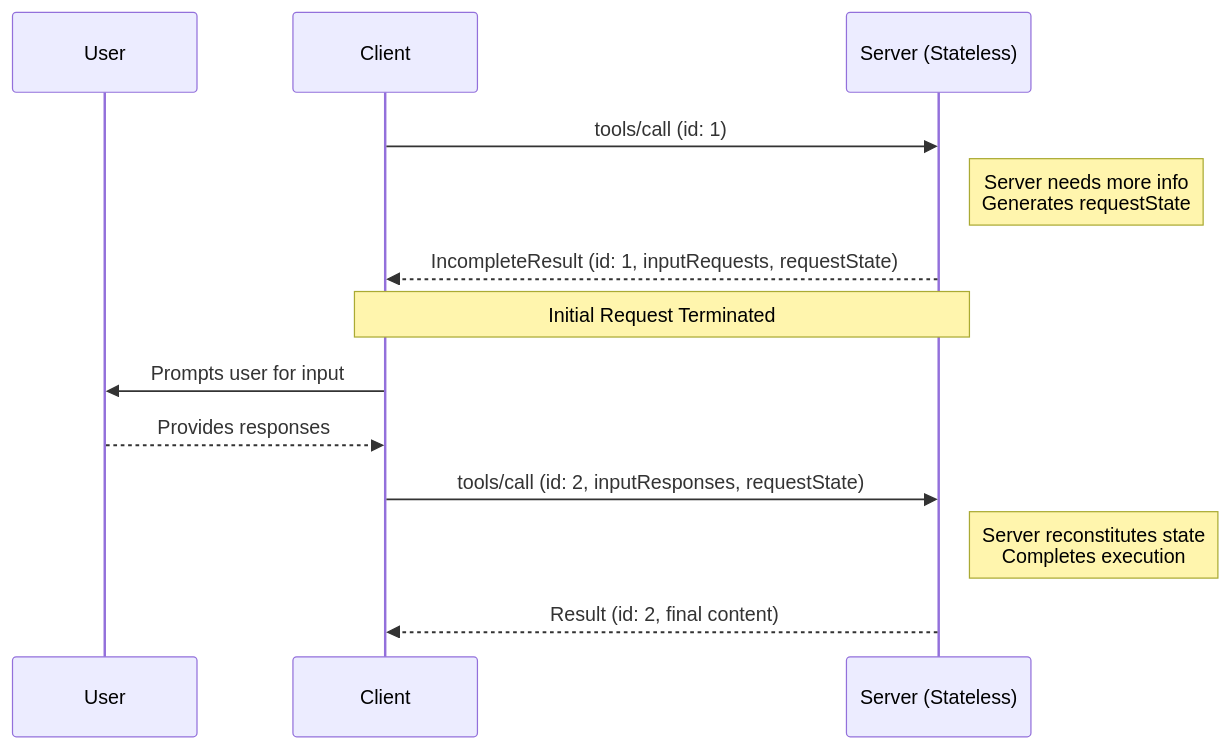
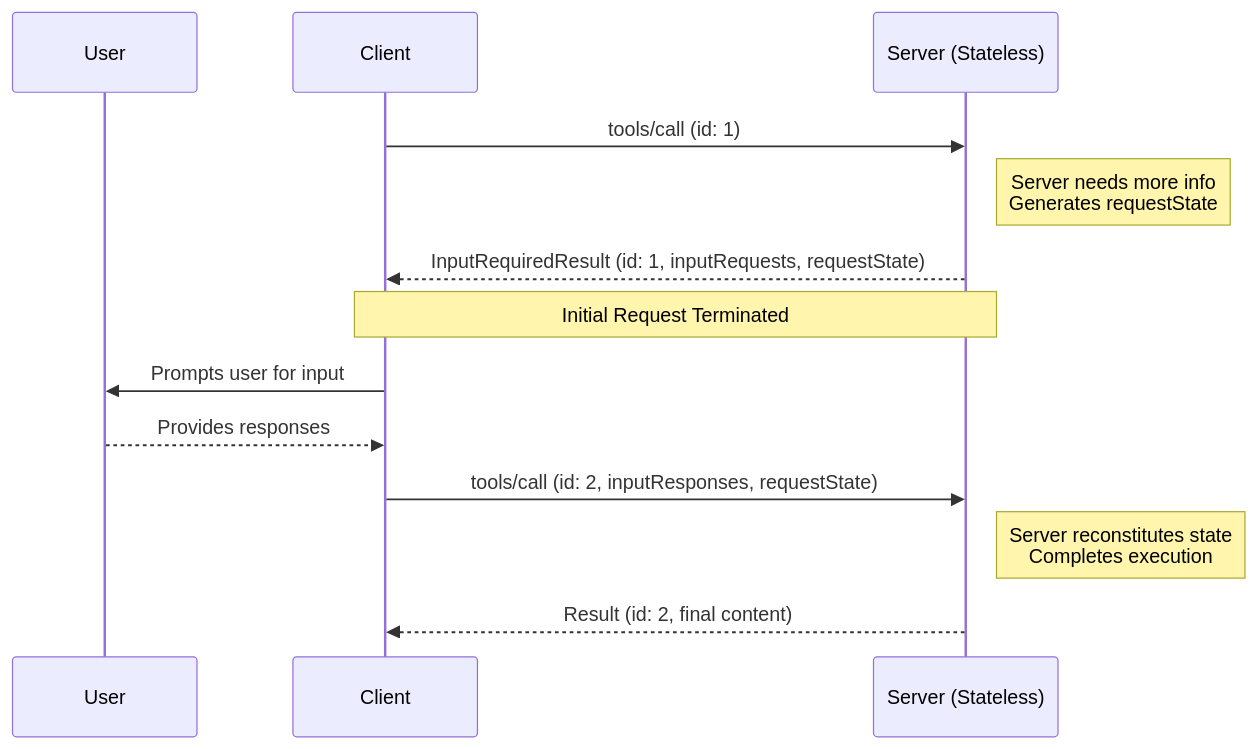
One commit to modelcontextprotocol/modelcontextprotocol changed the second of 3 diagrams in docs/seps/2322-MRTR.mdx. Above: the diagram before and after it, drawn with Mermaid. The commit also changed other lines of this file and 14 other files, not shown here.

First line of the commit message:
rename IncompleteResult to InputRequiredResult (#19)

````diff
--- a/docs/seps/2322-MRTR.mdx
+++ b/docs/seps/2322-MRTR.mdx
@@ -427,17 +425,17 @@
 ```mermaid
 sequenceDiagram
     participant U as User
     participant C as Client
     participant S as Server (Stateless)
     C->>S: tools/call (id: 1)
     note right of S: Server needs more info<br/>Generates requestState
-    S-->>C: IncompleteResult (id: 1, inputRequests, requestState)
+    S-->>C: InputRequiredResult (id: 1, inputRequests, requestState)
     note over C,S: Initial Request Terminated
 
     C->>U: Prompts user for input
     U-->>C: Provides responses
 
     C->>S: tools/call (id: 2, inputResponses, requestState)
     note right of S: Server reconstitutes state<br/>Completes execution
     S-->>C: Result (id: 2, final content)
 ```
````
